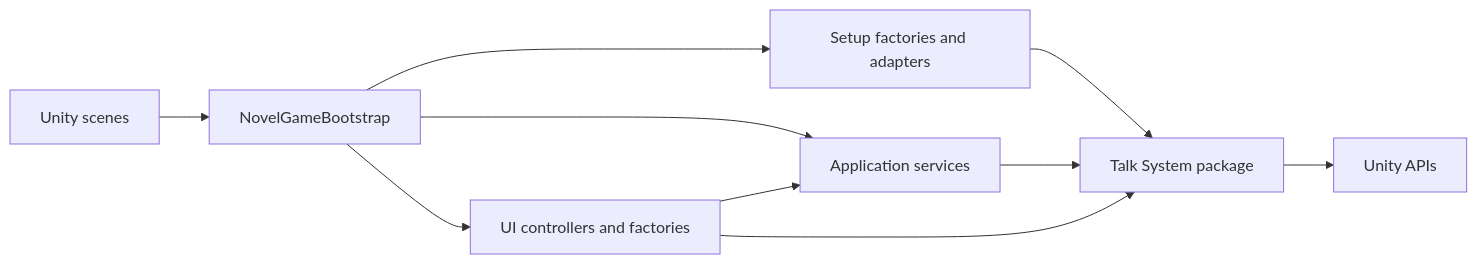
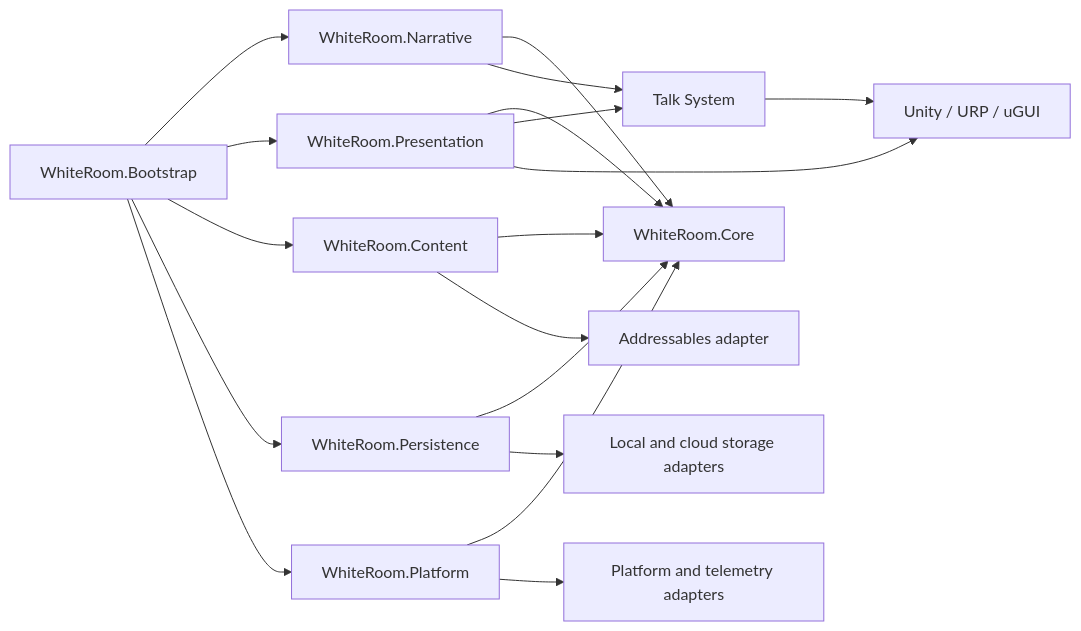
One commit to kkmia417/WhiteRoom changed the first of 2 diagrams in docs/architecture/README.md. Above: the diagram before and after it, drawn with Mermaid. The commit also changed other lines of this file and 2 other files, not shown here.

Commit message:
Map the target AAA product architecture

````diff
--- a/docs/architecture/README.md
+++ b/docs/architecture/README.md
@@ -18,12 +28,22 @@
 ```mermaid
 flowchart LR
-    Scene[Unity scenes] --> Bootstrap[NovelGameBootstrap]
-    Bootstrap --> Setup[Setup factories and adapters]
-    Bootstrap --> Services[Application services]
-    Bootstrap --> UI[UI controllers and factories]
-    UI --> Services
-    Setup --> Talk[Talk System package]
-    Services --> Talk
-    UI --> Talk
-    Talk --> Unity[Unity APIs]
+    Boot[WhiteRoom.Bootstrap] --> Narrative[WhiteRoom.Narrative]
+    Boot --> Presentation[WhiteRoom.Presentation]
+    Boot --> Content[WhiteRoom.Content]
+    Boot --> Persistence[WhiteRoom.Persistence]
+    Boot --> Platform[WhiteRoom.Platform]
+
+    Narrative --> Core[WhiteRoom.Core]
+    Presentation --> Core
+    Content --> Core
+    Persistence --> Core
+    Platform --> Core
+
+    Narrative --> Talk[Talk System]
+    Presentation --> Talk
+    Presentation --> Unity[Unity / URP / uGUI]
+    Content --> Addressables[Addressables adapter]
+    Persistence --> Storage[Local and cloud storage adapters]
+    Platform --> SDKs[Platform and telemetry adapters]
+    Talk --> Unity
 ```
````
